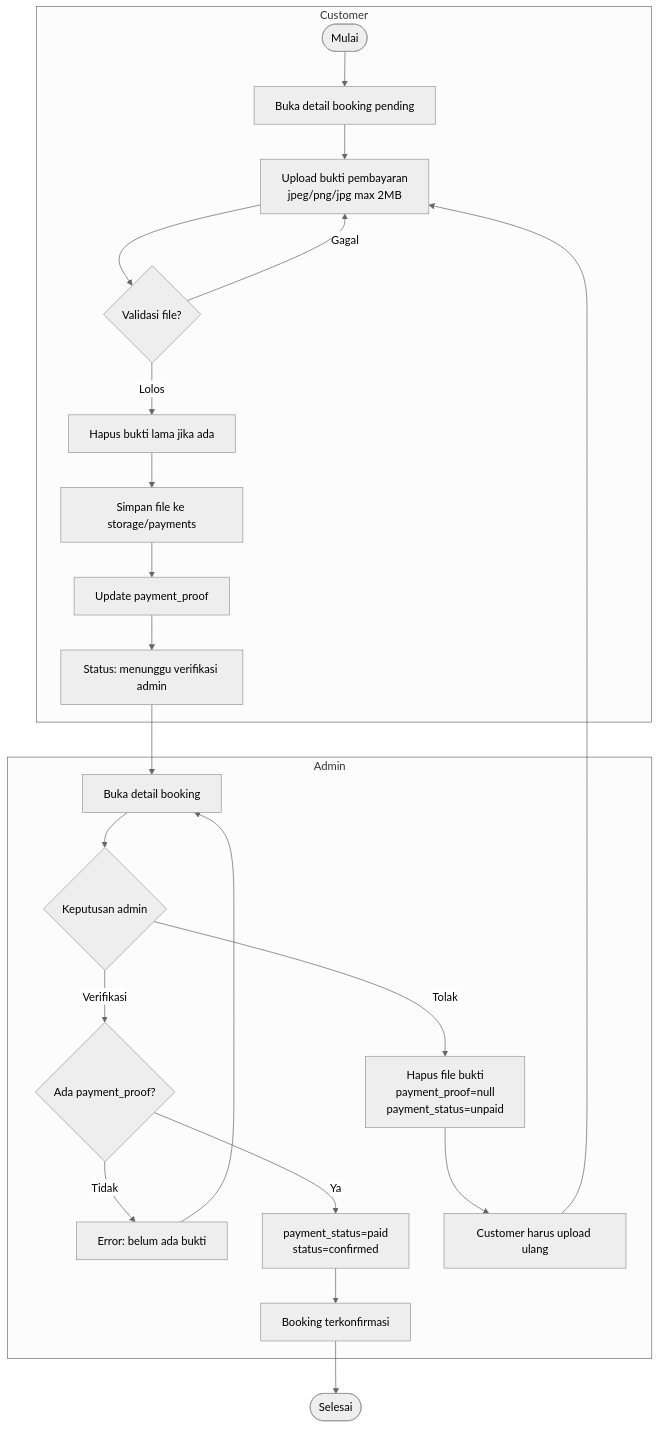
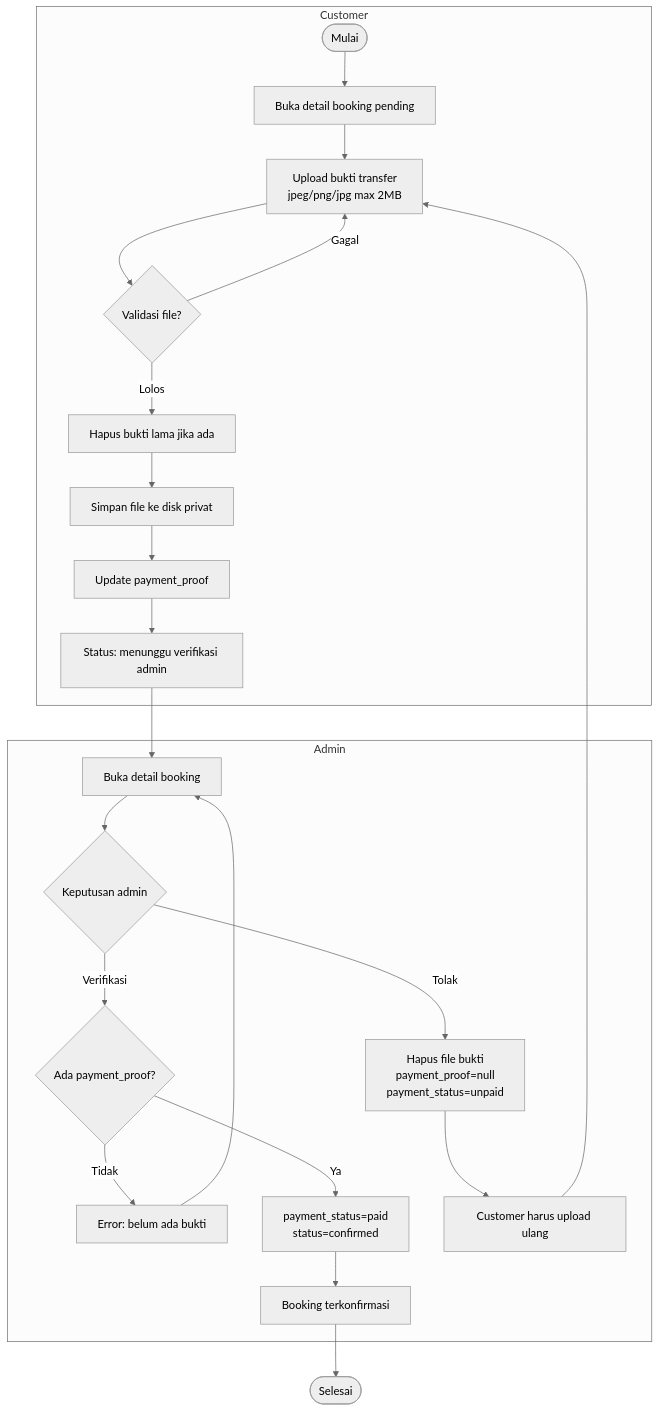
One commit to FaridRah16/Prasetya-Rent-Car- changed the fifth of 8 diagrams in docs/05-activity-diagram.md. Above: the diagram before and after it, drawn with Mermaid (neutral theme). The commit also changed other lines of this file and 12 other files, not shown here.

````diff
--- a/docs/05-activity-diagram.md
+++ b/docs/05-activity-diagram.md
@@ -103,26 +137,26 @@
 ```mermaid
 flowchart TD
     subgraph Customer
         A([Mulai]) --> B[Buka detail booking pending]
-        B --> C[Upload bukti pembayaran<br/>jpeg/png/jpg max 2MB]
+        B --> C[Upload bukti transfer<br/>jpeg/png/jpg max 2MB]
         C --> D{Validasi file?}
         D -->|Gagal| C
         D -->|Lolos| E[Hapus bukti lama jika ada]
-        E --> F[Simpan file ke storage/payments]
+        E --> F[Simpan file ke disk privat]
         F --> G[Update payment_proof]
         G --> H[Status: menunggu verifikasi admin]
     end
     subgraph Admin
         H --> I[Buka detail booking]
         I --> J{Keputusan admin}
         J -->|Verifikasi| K{Ada payment_proof?}
         K -->|Tidak| L[Error: belum ada bukti]
         K -->|Ya| M[payment_status=paid<br/>status=confirmed]
         M --> N[Booking terkonfirmasi]
         J -->|Tolak| O[Hapus file bukti<br/>payment_proof=null<br/>payment_status=unpaid]
         O --> P[Customer harus upload ulang]
         P --> C
     end
     N --> Z([Selesai])
     L --> I
 ```
````
